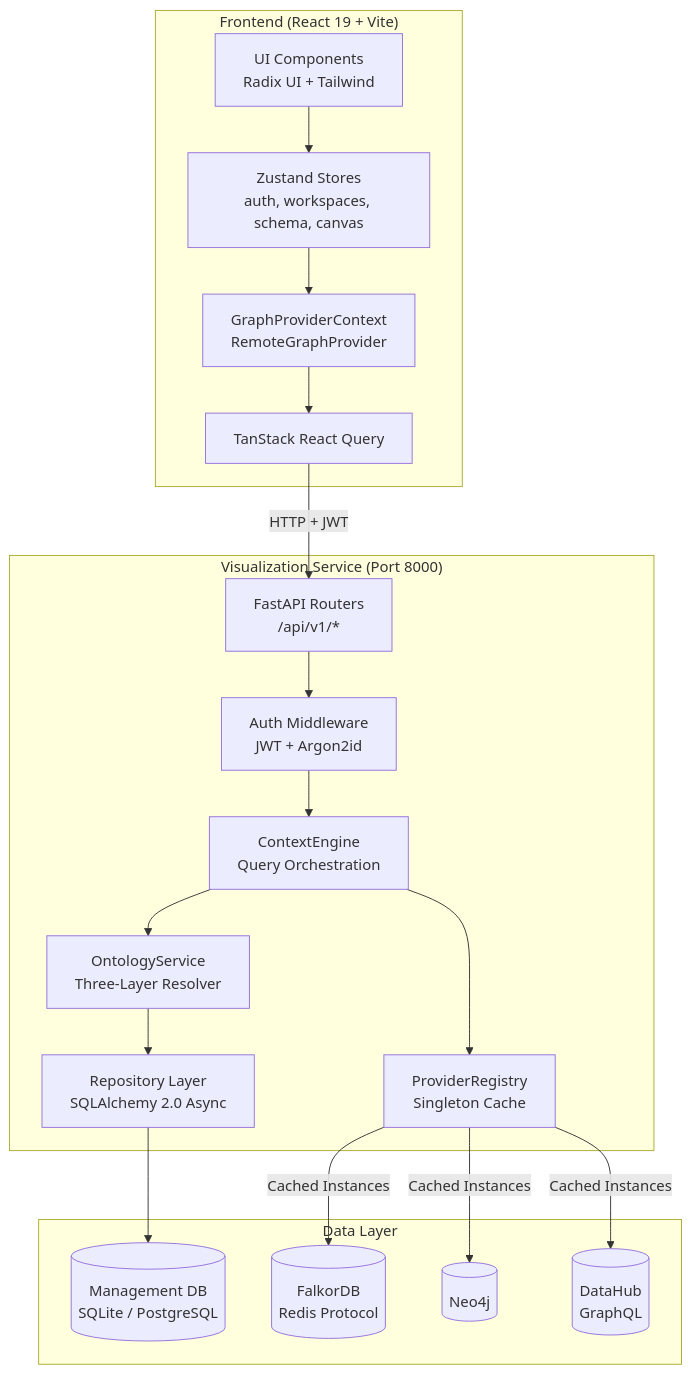
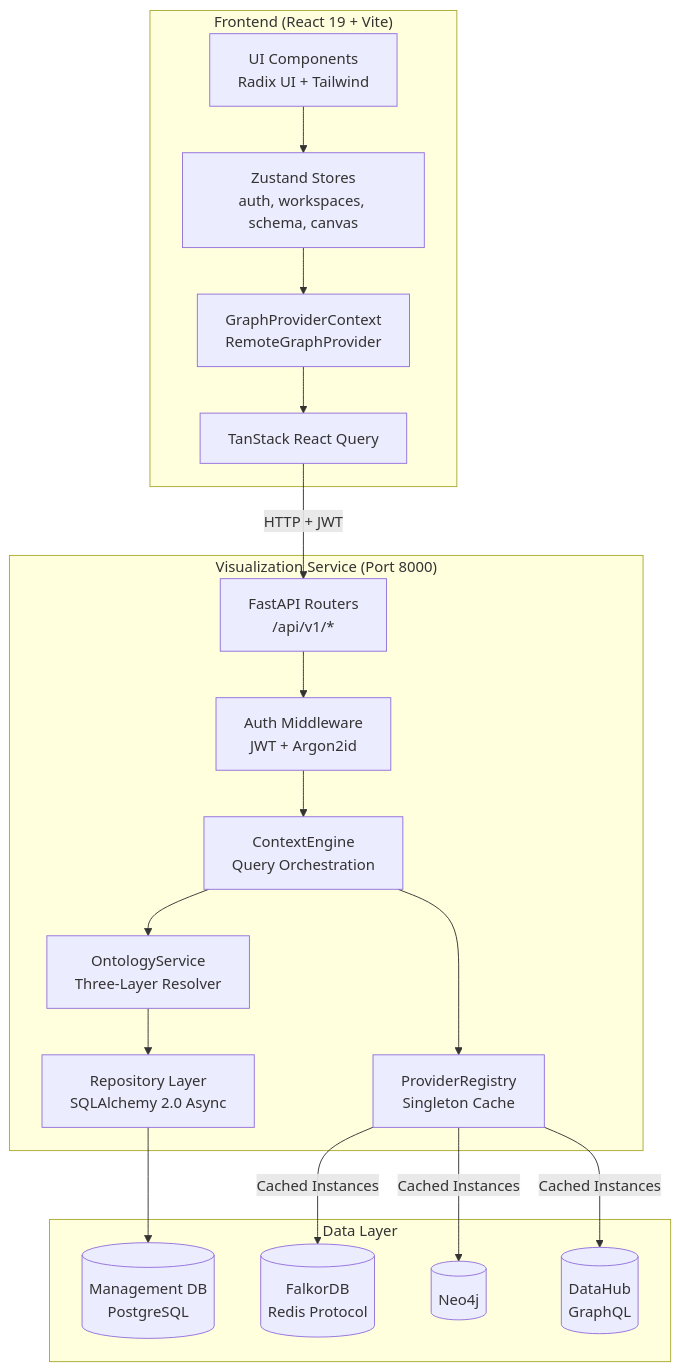
The first of 6 diagrams in docs/ARCHITECTURE.md (rkrumins/dataviz), drawn with Mermaid before and after one commit. The commit also changed other lines of this file and 33 other files, not shown here.

````diff
--- a/docs/ARCHITECTURE.md
+++ b/docs/ARCHITECTURE.md
@@ -23,41 +23,41 @@
 ```mermaid
 graph TB
     subgraph Frontend["Frontend (React 19 + Vite)"]
         UI[UI Components<br/>Radix UI + Tailwind]
         Stores[Zustand Stores<br/>auth, workspaces, schema, canvas]
         GPC[GraphProviderContext<br/>RemoteGraphProvider]
         RQ[TanStack React Query]
     end
 
     subgraph VizService["Visualization Service (Port 8000)"]
         Auth[Auth Middleware<br/>JWT + Argon2id]
         API[FastAPI Routers<br/>/api/v1/*]
         CE[ContextEngine<br/>Query Orchestration]
         PR[ProviderRegistry<br/>Singleton Cache]
         OS[OntologyService<br/>Three-Layer Resolver]
         Repos[Repository Layer<br/>SQLAlchemy 2.0 Async]
     end
 
     subgraph Storage["Data Layer"]
-        MgmtDB[(Management DB<br/>SQLite / PostgreSQL)]
+        MgmtDB[(Management DB<br/>PostgreSQL)]
         FDB[(FalkorDB<br/>Redis Protocol)]
         Neo4j[(Neo4j)]
         DH[(DataHub<br/>GraphQL)]
     end
 
     UI --> Stores
     Stores --> GPC
     GPC --> RQ
     RQ -->|HTTP + JWT| API
 
     API --> Auth
     Auth --> CE
     CE --> PR
     CE --> OS
     OS --> Repos
     PR -->|Cached Instances| FDB
     PR -->|Cached Instances| Neo4j
     PR -->|Cached Instances| DH
     Repos --> MgmtDB
 
 ```
````
